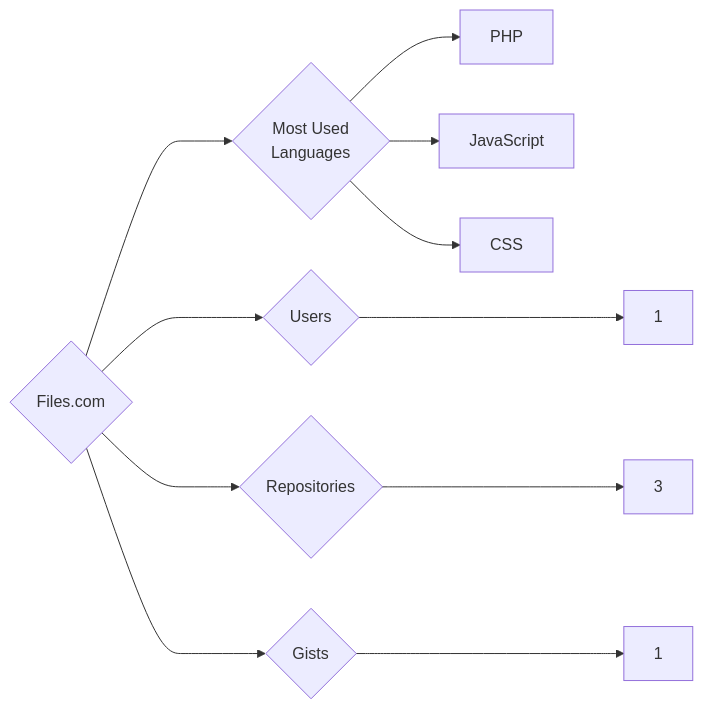
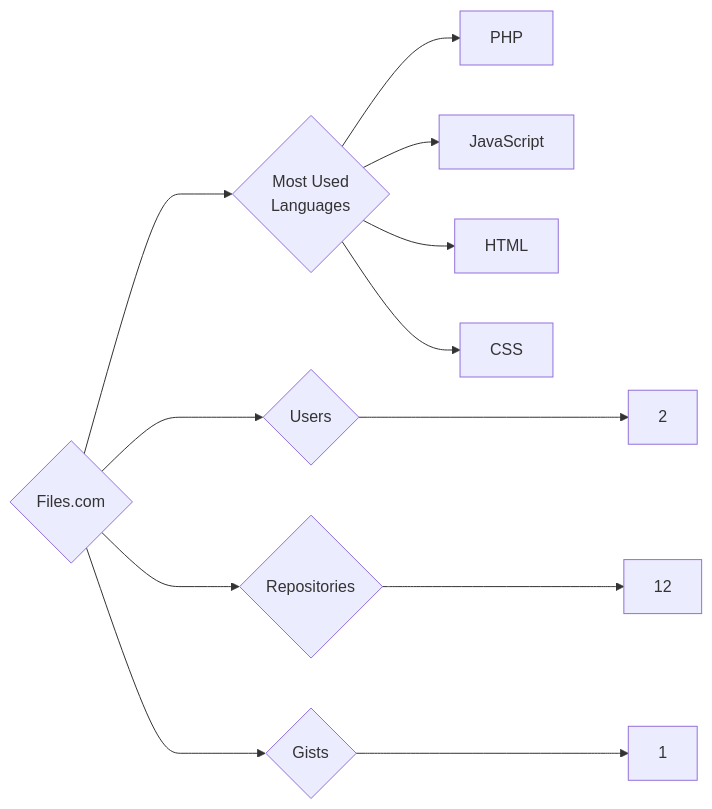
Before and after one commit to trickest/insiders: the diagram in targets/Files.com/README.md, drawn with Mermaid. The commit also changed 757 other files, not shown here.

````diff
--- a/targets/Files.com/README.md
+++ b/targets/Files.com/README.md
@@ -3,11 +3,12 @@
 ```mermaid
 graph LR
 COMPANY_NAME{Files.com}
-COMPANY_NAME ---> U{Users} ---> UN[1]
-COMPANY_NAME ---> R{Repositories} ---> RN[3]
+COMPANY_NAME ---> U{Users} ---> UN[2]
+COMPANY_NAME ---> R{Repositories} ---> RN[12]
 COMPANY_NAME ---> G{Gists} ---> GN[1]
 COMPANY_NAME ---> ML{Most Used<br>Languages}
 ML --> PHP[PHP]
 ML --> JavaScript[JavaScript]
+ML --> HTML[HTML]
 ML --> CSS[CSS]
 ```
````
